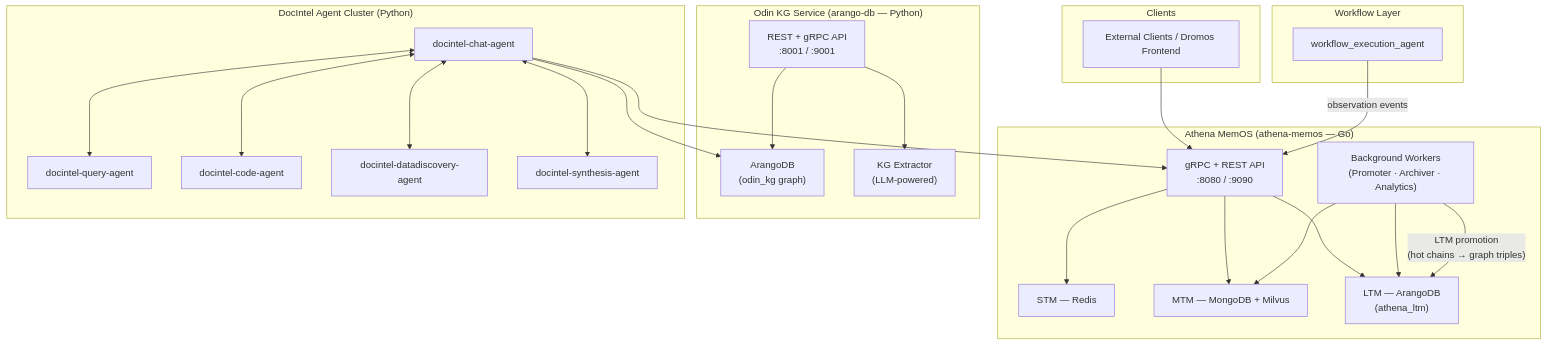
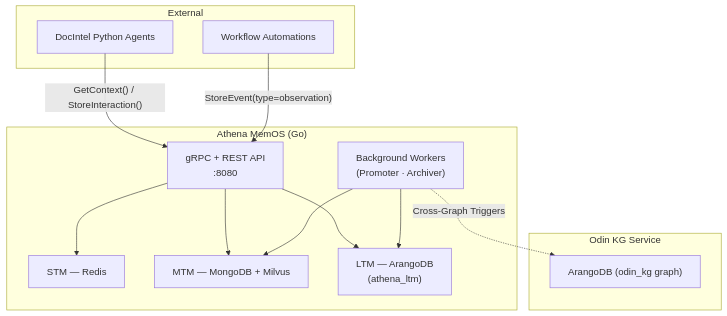
One commit to Prescott-Data/athena changed the diagram in OVERVIEW.md. Above: the diagram before and after it, drawn with Mermaid. The commit also changed other lines of this file and 2 other files, not shown here.

Commit message:
Refactor docs to be specific to Athena MemOS

````diff
--- a/OVERVIEW.md
+++ b/OVERVIEW.md
@@ -40,44 +31,26 @@
 ```mermaid
 flowchart TB
-    subgraph Clients
-        ExtAPI["External Clients / Dromos Frontend"]
+    subgraph External
+        DocAgents["DocIntel Python Agents"]
+        Workflows["Workflow Automations"]
     end
 
-    subgraph AthenaMemOS["Athena MemOS  (athena-memos — Go)"]
-        API["gRPC + REST API\n:8080 / :9090"]
+    subgraph AthenaMemOS["Athena MemOS (Go)"]
+        API["gRPC + REST API\n:8080"]
         STM["STM — Redis"]
         MTM["MTM — MongoDB + Milvus"]
         LTM["LTM — ArangoDB\n(athena_ltm)"]
-        Worker["Background Workers\n(Promoter · Archiver · Analytics)"]
+        Worker["Background Workers\n(Promoter · Archiver)"]
         API --> STM & MTM & LTM
         Worker --> MTM & LTM
     end
 
-    subgraph OdinKG["Odin KG Service  (arango-db — Python)"]
-        OdinAPI["REST + gRPC API\n:8001 / :9001"]
-        OdinDB["ArangoDB\n(odin_kg graph)"]
-        KGExtractor["KG Extractor\n(LLM-powered)"]
-        OdinAPI --> OdinDB & KGExtractor
+    subgraph ExternalOdin["Odin KG Service"]
+        OdinDB["ArangoDB (odin_kg graph)"]
     end
 
-    subgraph DocIntelAgents["DocIntel Agent Cluster  (Python)"]
-        ChatAgent["docintel-chat-agent"]
-        QueryAgent["docintel-query-agent"]
-        CodeAgent["docintel-code-agent"]
-        DataAgent["docintel-datadiscovery-agent"]
-        SynthAgent["docintel-synthesis-agent"]
-        ChatAgent <--> QueryAgent & CodeAgent & DataAgent & SynthAgent
-    end
+    DocAgents -->|"GetContext() / StoreInteraction()"| API
+    Workflows -->|"StoreEvent(type=observation)"| API
 
-    subgraph WorkflowLayer["Workflow Layer"]
-        WorkflowExec["workflow_execution_agent"]
-    end
-
-    ExtAPI --> API
-    ChatAgent --> API
-    ChatAgent --> OdinDB
-
-    WorkflowExec -->|"observation events"| API
-
-    Worker -->|"LTM promotion\n(hot chains → graph triples)"| LTM
+    Worker -.->|"Cross-Graph Triggers"| OdinDB
 ```
````
